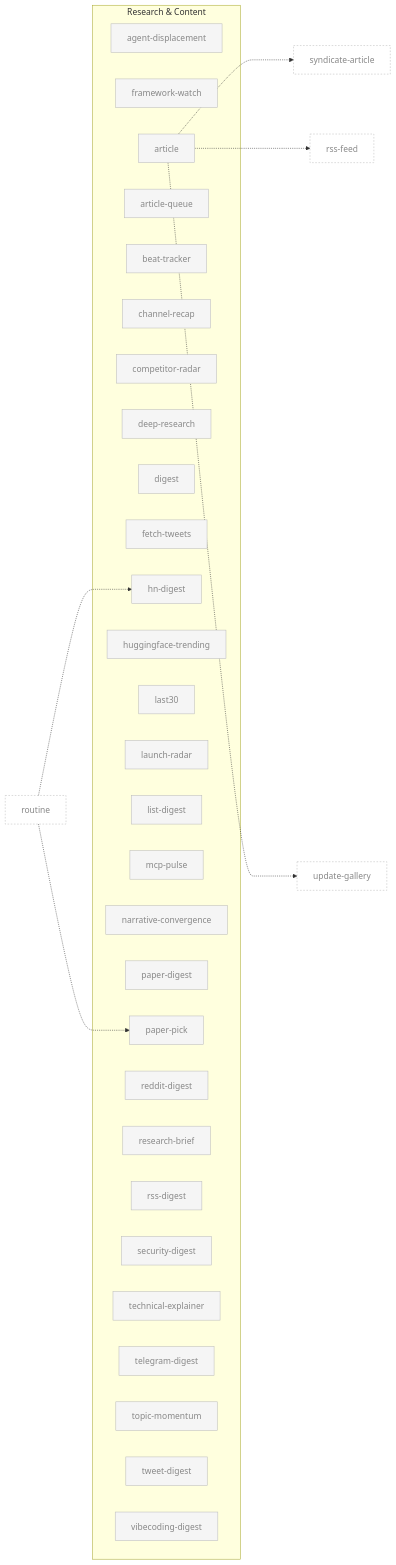
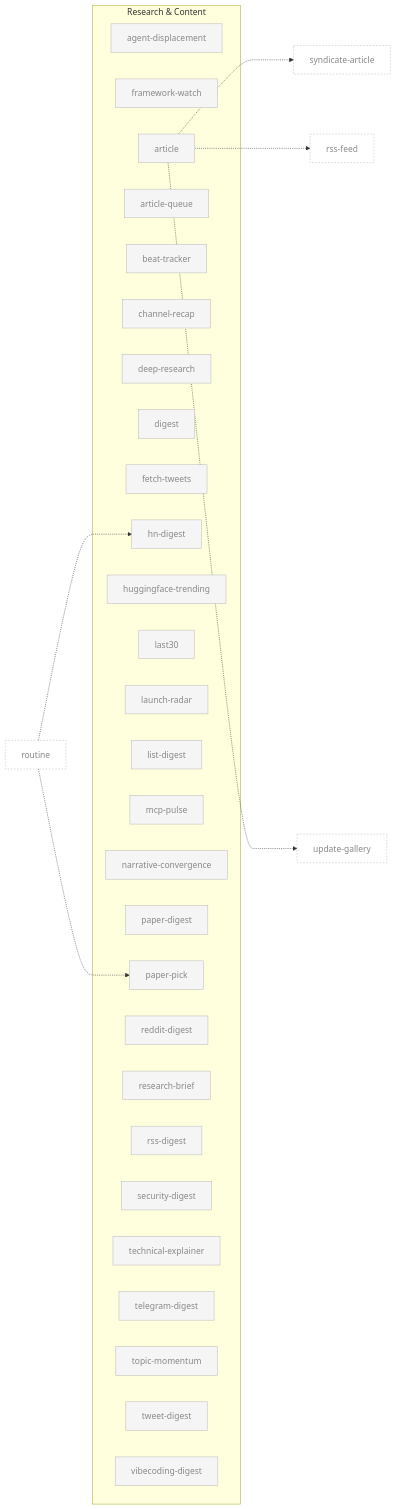
The fourth of 10 diagrams in docs/skill-graph.md (aeonfun/aeon), drawn with Mermaid before and after one commit. The commit also changed other lines of this file and 1 other file, not shown here.

First line of the commit message:
docs: refresh skill gallery + prune skill-graph of deleted skills

````diff
--- a/docs/skill-graph.md
+++ b/docs/skill-graph.md
@@ -155,80 +153,78 @@
 ```mermaid
 flowchart LR
     subgraph research ["Research & Content"]
         agent-displacement[agent-displacement]
         framework-watch[framework-watch]
         article[article]
         article-queue[article-queue]
         beat-tracker[beat-tracker]
         channel-recap[channel-recap]
-        competitor-radar[competitor-radar]
         deep-research[deep-research]
         digest[digest]
         fetch-tweets[fetch-tweets]
         hn-digest[hn-digest]
         huggingface-trending[huggingface-trending]
         last30[last30]
         launch-radar[launch-radar]
         list-digest[list-digest]
         mcp-pulse[mcp-pulse]
         narrative-convergence[narrative-convergence]
         paper-digest[paper-digest]
         paper-pick[paper-pick]
         reddit-digest[reddit-digest]
         research-brief[research-brief]
         rss-digest[rss-digest]
         security-digest[security-digest]
         technical-explainer[technical-explainer]
         telegram-digest[telegram-digest]
         topic-momentum[topic-momentum]
         tweet-digest[tweet-digest]
         vibecoding-digest[vibecoding-digest]
     end
 
     routine[routine]:::external
     rss-feed[rss-feed]:::external
     syndicate-article[syndicate-article]:::external
     update-gallery[update-gallery]:::external
 
     routine -.-> paper-pick
     routine -.-> hn-digest
     article -..-> syndicate-article
     article -..-> rss-feed
     article -..-> update-gallery
 
     classDef default fill:#f5f5f5,stroke:#bbb,color:#888
     classDef enabled fill:#fff,stroke:#000,stroke-width:2px,color:#000
     classDef external fill:none,stroke:#bbb,stroke-dasharray:3 3,color:#888
     click agent-displacement "../skills/agent-displacement/SKILL.md"
     click framework-watch "../skills/framework-watch/SKILL.md"
     click article "../skills/article/SKILL.md"
     click article-queue "../skills/article-queue/SKILL.md"
     click beat-tracker "../skills/beat-tracker/SKILL.md"
     click channel-recap "../skills/channel-recap/SKILL.md"
-    click competitor-radar "../skills/competitor-radar/SKILL.md"
     click deep-research "../skills/deep-research/SKILL.md"
     click digest "../skills/digest/SKILL.md"
     click fetch-tweets "../skills/fetch-tweets/SKILL.md"
     click hn-digest "../skills/hn-digest/SKILL.md"
     click huggingface-trending "../skills/huggingface-trending/SKILL.md"
     click last30 "../skills/last30/SKILL.md"
     click launch-radar "../skills/launch-radar/SKILL.md"
     click list-digest "../skills/list-digest/SKILL.md"
     click mcp-pulse "../skills/mcp-pulse/SKILL.md"
     click narrative-convergence "../skills/narrative-convergence/SKILL.md"
     click paper-digest "../skills/paper-digest/SKILL.md"
     click paper-pick "../skills/paper-pick/SKILL.md"
     click reddit-digest "../skills/reddit-digest/SKILL.md"
     click research-brief "../skills/research-brief/SKILL.md"
     click rss-digest "../skills/rss-digest/SKILL.md"
     click security-digest "../skills/security-digest/SKILL.md"
     click technical-explainer "../skills/technical-explainer/SKILL.md"
     click telegram-digest "../skills/telegram-digest/SKILL.md"
     click topic-momentum "../skills/topic-momentum/SKILL.md"
     click tweet-digest "../skills/tweet-digest/SKILL.md"
     click vibecoding-digest "../skills/vibecoding-digest/SKILL.md"
     click routine "../skills/routine/SKILL.md"
     click rss-feed "../skills/rss-feed/SKILL.md"
     click syndicate-article "../skills/syndicate-article/SKILL.md"
     click update-gallery "../skills/update-gallery/SKILL.md"
 ```
````
